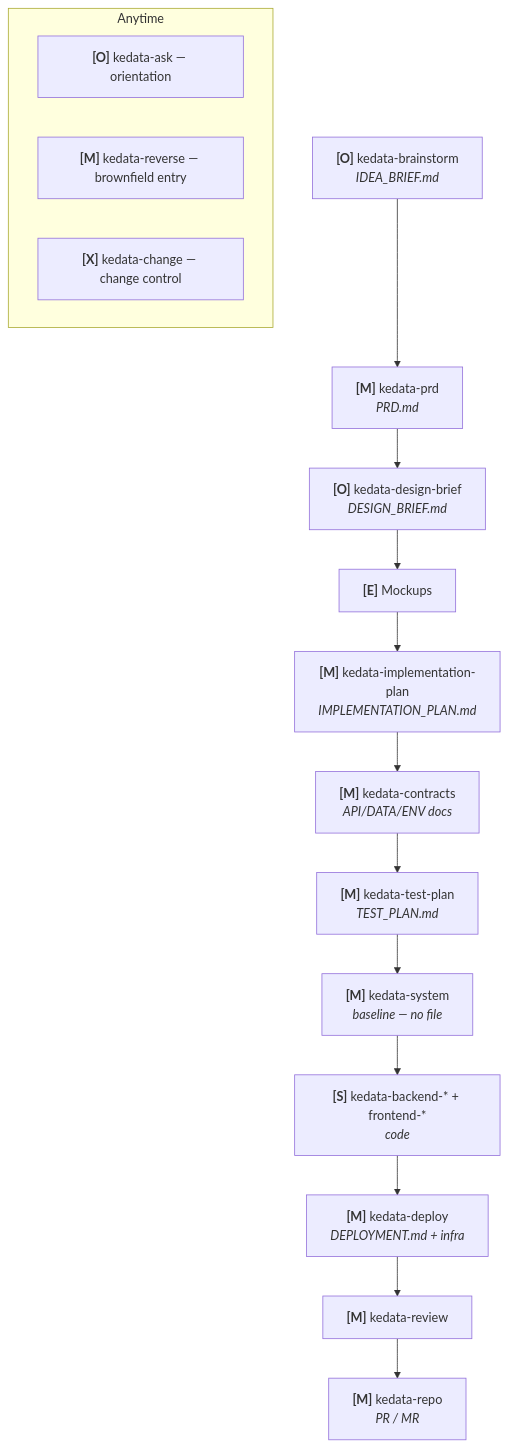
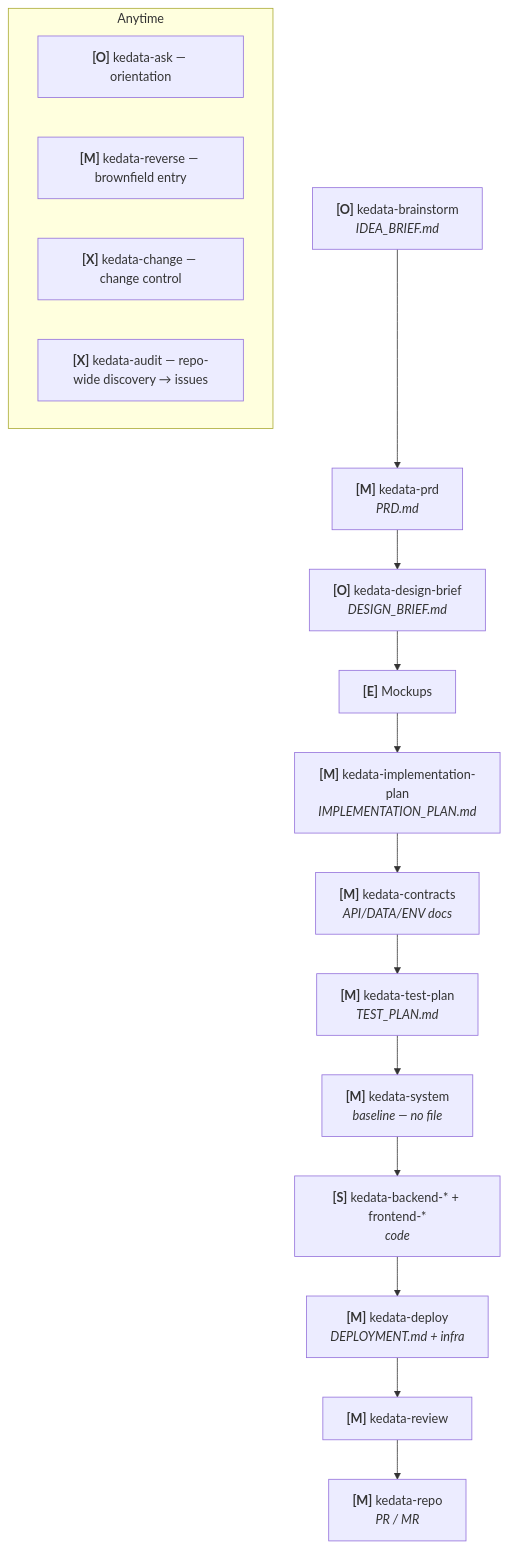
One commit to Kedata-Indonesia/vibeskills changed diagram 13 of 13 in PIPELINE_GUIDE.md. Above: the diagram before and after it, drawn with Mermaid. The commit also changed other lines of this file and 17 other files, not shown here.

First line of the commit message:
feat(audit): add kedata-audit skill + wire new skills into the pipeline

````diff
--- a/PIPELINE_GUIDE.md
+++ b/PIPELINE_GUIDE.md
@@ -351,20 +375,21 @@
 ```mermaid
 flowchart TD
     A["<b>[O]</b> kedata-brainstorm<br/><i>IDEA_BRIEF.md</i>"] --> B["<b>[M]</b> kedata-prd<br/><i>PRD.md</i>"]
     B --> C["<b>[O]</b> kedata-design-brief<br/><i>DESIGN_BRIEF.md</i>"]
     C --> D["<b>[E]</b> Mockups"]
     D --> E["<b>[M]</b> kedata-implementation-plan<br/><i>IMPLEMENTATION_PLAN.md</i>"]
     E --> F["<b>[M]</b> kedata-contracts<br/><i>API/DATA/ENV docs</i>"]
     F --> T["<b>[M]</b> kedata-test-plan<br/><i>TEST_PLAN.md</i>"]
     T --> G["<b>[M]</b> kedata-system<br/><i>baseline — no file</i>"]
     G --> H["<b>[S]</b> kedata-backend-* + frontend-*<br/><i>code</i>"]
     H --> DP["<b>[M]</b> kedata-deploy<br/><i>DEPLOYMENT.md + infra</i>"]
     DP --> I["<b>[M]</b> kedata-review"]
     I --> J["<b>[M]</b> kedata-repo<br/><i>PR / MR</i>"]
 
     subgraph "Anytime"
         ASK["<b>[O]</b> kedata-ask — orientation"]
         RVS["<b>[M]</b> kedata-reverse — brownfield entry"]
         CHG["<b>[X]</b> kedata-change — change control"]
+        AUD["<b>[X]</b> kedata-audit — repo-wide discovery → issues"]
     end
 ```
````
